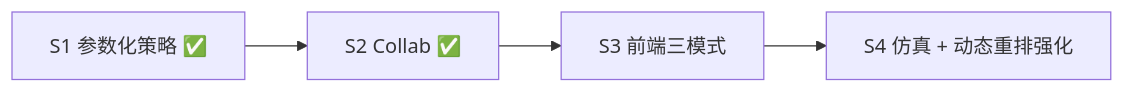
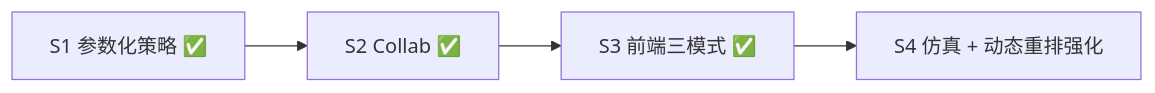
The sixth of 6 diagrams in README.md (earlymessi/metaforge_agent), drawn with Mermaid before and after one commit. The commit also changed other lines of this file and 1 other file, not shown here.

````diff
--- a/README.md
+++ b/README.md
@@ -203,6 +218,6 @@
 ```mermaid
 flowchart LR
     S1[S1 参数化策略 ✅] --> S2[S2 Collab ✅]
-    S2 --> S3[S3 前端三模式]
+    S2 --> S3[S3 前端三模式 ✅]
     S3 --> S4[S4 仿真 + 动态重排强化]
 ```
````
